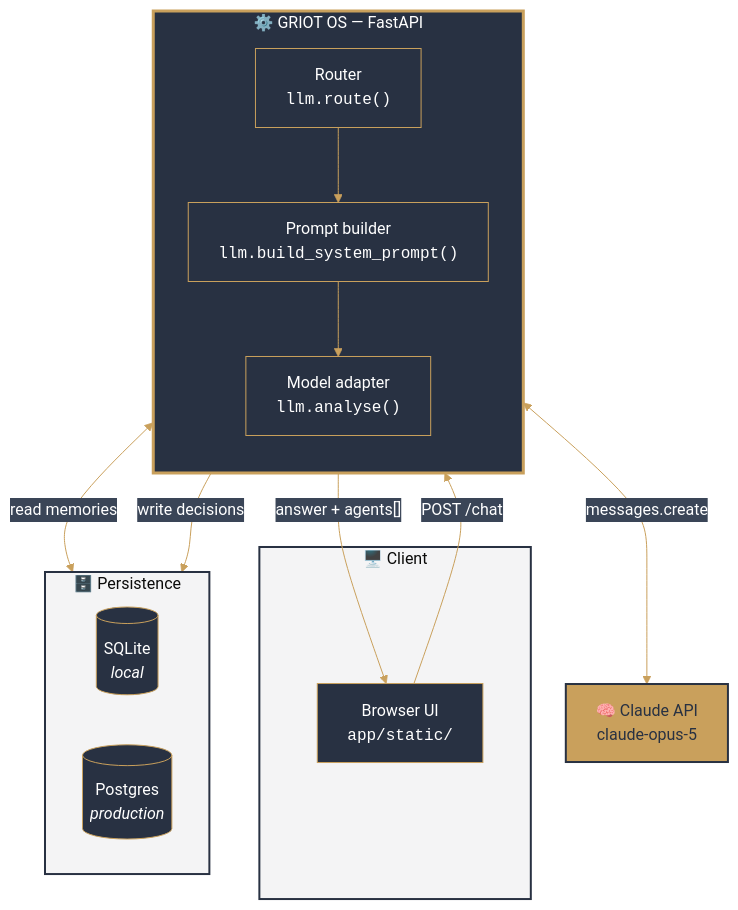
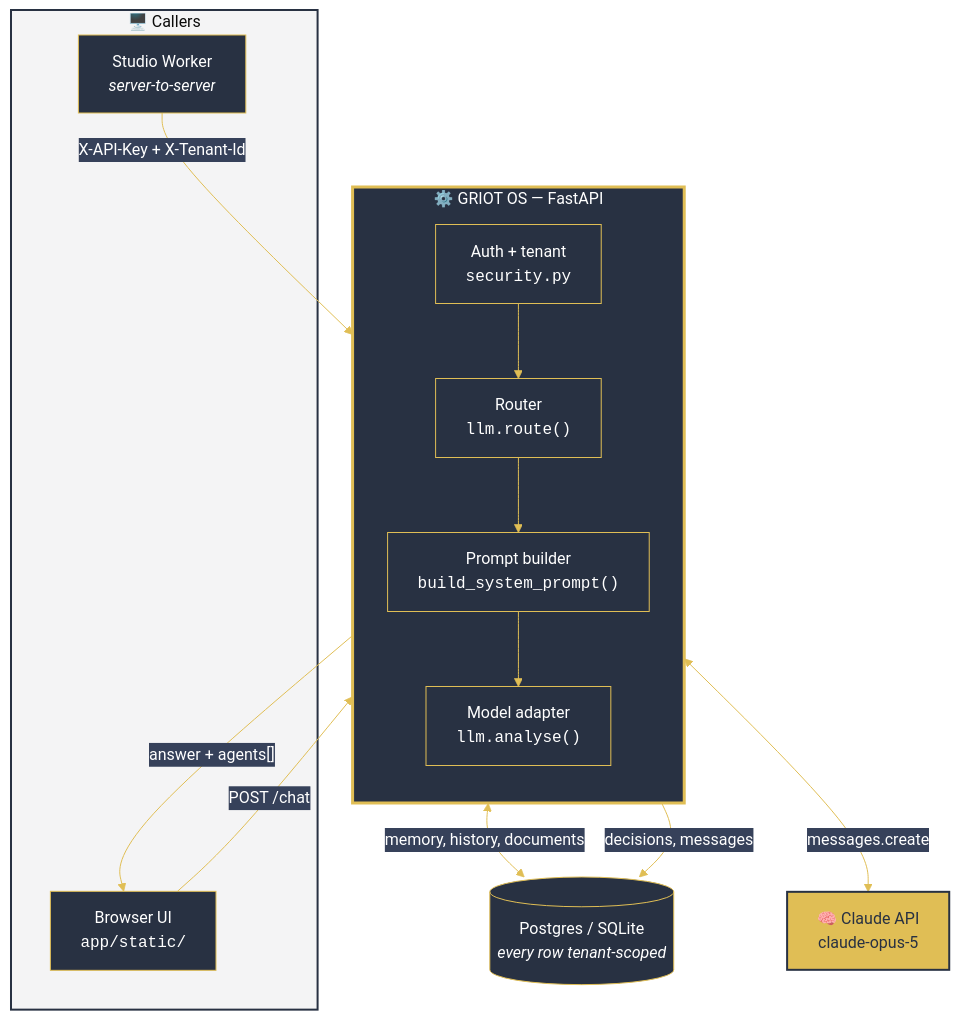
The first of 3 diagrams in README.md (SpeakPower-commits/claude-central-agent), drawn with Mermaid before and after one commit. The commit also changed other lines of this file and 1 other file, not shown here.

````diff
--- a/README.md
+++ b/README.md
@@ -63,34 +82,31 @@
 ```mermaid
-%%{init: {'theme':'base','themeVariables':{'primaryColor':'#283142','primaryTextColor':'#ffffff','primaryBorderColor':'#C9A05C','lineColor':'#C9A05C','secondaryColor':'#3a4557','tertiaryColor':'#f4f4f5','fontFamily':'ui-sans-serif, system-ui, sans-serif'}}}%%
+%%{init: {'theme':'base','themeVariables':{'primaryColor':'#283142','primaryTextColor':'#ffffff','primaryBorderColor':'#E0BE55','lineColor':'#E0BE55','secondaryColor':'#36415a','tertiaryColor':'#f4f4f5','fontFamily':'ui-sans-serif, system-ui, sans-serif'}}}%%
 flowchart TB
-    subgraph client["🖥️  Client"]
+    subgraph client["🖥️  Callers"]
         UI["Browser UI<br/><code>app/static/</code>"]
+        W["Studio Worker<br/><i>server-to-server</i>"]
     end
 
     subgraph api["⚙️  GRIOT OS — FastAPI"]
         direction TB
+        A["Auth + tenant<br/><code>security.py</code>"]
         R["Router<br/><code>llm.route()</code>"]
-        P["Prompt builder<br/><code>llm.build_system_prompt()</code>"]
+        P["Prompt builder<br/><code>build_system_prompt()</code>"]
         M["Model adapter<br/><code>llm.analyse()</code>"]
-        R --> P --> M
+        A --> R --> P --> M
     end
 
-    subgraph store["🗄️  Persistence"]
-        direction LR
-        SQ[("SQLite<br/><i>local</i>")]
-        PG[("Postgres<br/><i>production</i>")]
-    end
-
+    store[("Postgres / SQLite<br/><i>every row tenant-scoped</i>")]
     LLM["🧠 Claude API<br/>claude-opus-5"]
 
-    UI -->|"POST /chat"| R
-    P <-->|"read memories"| store
-    M -->|"write decisions"| store
+    UI -->|"POST /chat"| A
+    W -->|"X-API-Key + X-Tenant-Id"| A
+    P <-->|"memory, history, documents"| store
+    M -->|"decisions, messages"| store
     M <-->|"messages.create"| LLM
     M -->|"answer + agents[]"| UI
 
     style client fill:#f4f4f5,stroke:#283142,stroke-width:2px
-    style api fill:#283142,stroke:#C9A05C,stroke-width:3px,color:#fff
-    style store fill:#f4f4f5,stroke:#283142,stroke-width:2px
-    style LLM fill:#C9A05C,stroke:#283142,stroke-width:2px,color:#283142
+    style api fill:#283142,stroke:#E0BE55,stroke-width:3px,color:#fff
+    style LLM fill:#E0BE55,stroke:#283142,stroke-width:2px,color:#283142
 ```
````
